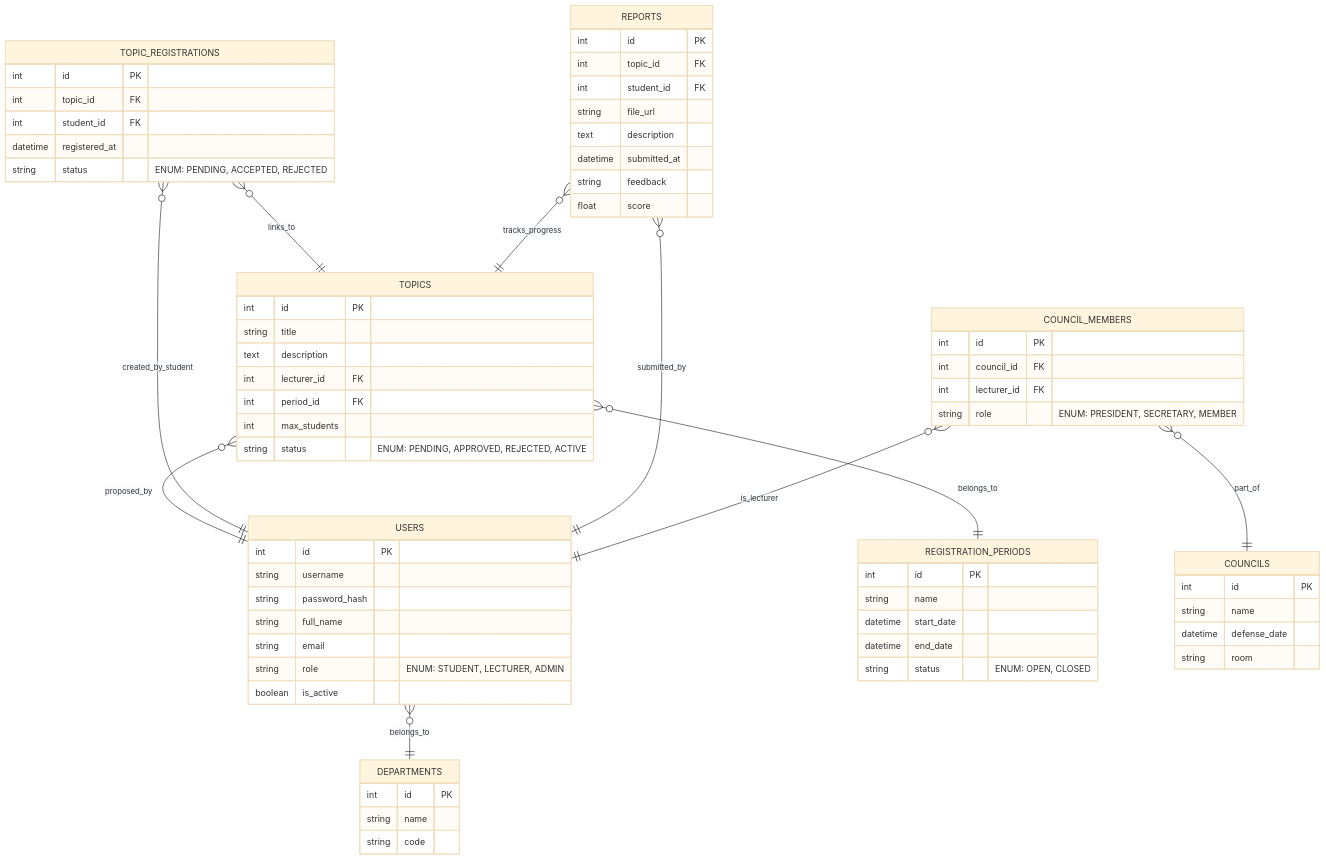
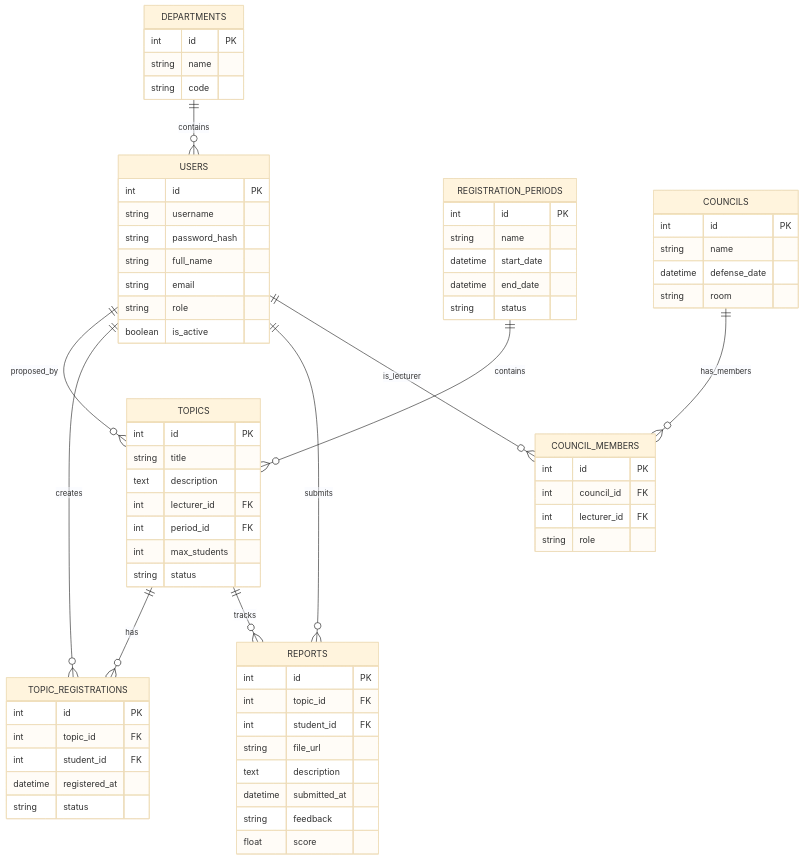
One commit to QuocVu00/luu-tam changed the tenth of 10 diagrams in diagrams_research_thesis_portal.md. Above: the diagram before and after it, drawn with Mermaid (base theme). The commit also changed other lines of this file, not shown here.

Commit message:
Fix Mermaid syntax errors in ERD and improve preview compatibility

````diff
--- a/diagrams_research_thesis_portal.md
+++ b/diagrams_research_thesis_portal.md
@@ -307,79 +307,79 @@
 ```mermaid
 erDiagram
     USERS {
         int id PK
         string username
         string password_hash
         string full_name
         string email
-        string role "ENUM: STUDENT, LECTURER, ADMIN"
+        string role
         boolean is_active
     }
 
     DEPARTMENTS {
         int id PK
         string name
         string code
     }
 
     REGISTRATION_PERIODS {
         int id PK
         string name
         datetime start_date
         datetime end_date
-        string status "ENUM: OPEN, CLOSED"
+        string status
     }
 
     TOPICS {
         int id PK
         string title
         text description
         int lecturer_id FK
         int period_id FK
         int max_students
-        string status "ENUM: PENDING, APPROVED, REJECTED, ACTIVE"
+        string status
     }
 
     TOPIC_REGISTRATIONS {
         int id PK
         int topic_id FK
         int student_id FK
         datetime registered_at
-        string status "ENUM: PENDING, ACCEPTED, REJECTED"
+        string status
     }
 
     REPORTS {
         int id PK
         int topic_id FK
         int student_id FK
         string file_url
         text description
         datetime submitted_at
         string feedback
         float score
     }
 
     COUNCILS {
         int id PK
         string name
         datetime defense_date
         string room
     }
 
     COUNCIL_MEMBERS {
         int id PK
         int council_id FK
         int lecturer_id FK
-        string role "ENUM: PRESIDENT, SECRETARY, MEMBER"
+        string role
     }
 
-    USERS }o--|| DEPARTMENTS : belongs_to
-    TOPICS }o--|| USERS : proposed_by
-    TOPICS }o--|| REGISTRATION_PERIODS : belongs_to
-    TOPIC_REGISTRATIONS }o--|| TOPICS : links_to
-    TOPIC_REGISTRATIONS }o--|| USERS : created_by_student
-    REPORTS }o--|| TOPICS : tracks_progress
-    REPORTS }o--|| USERS : submitted_by
-    COUNCIL_MEMBERS }o--|| COUNCILS : part_of
-    COUNCIL_MEMBERS }o--|| USERS : is_lecturer
+    USERS ||--o{ TOPICS : proposed_by
+    TOPICS ||--o{ TOPIC_REGISTRATIONS : has
+    TOPICS ||--o{ REPORTS : tracks
+    USERS ||--o{ TOPIC_REGISTRATIONS : creates
+    USERS ||--o{ REPORTS : submits
+    USERS ||--o{ COUNCIL_MEMBERS : is_lecturer
+    DEPARTMENTS ||--o{ USERS : contains
+    REGISTRATION_PERIODS ||--o{ TOPICS : contains
+    COUNCILS ||--o{ COUNCIL_MEMBERS : has_members
 ```
````
